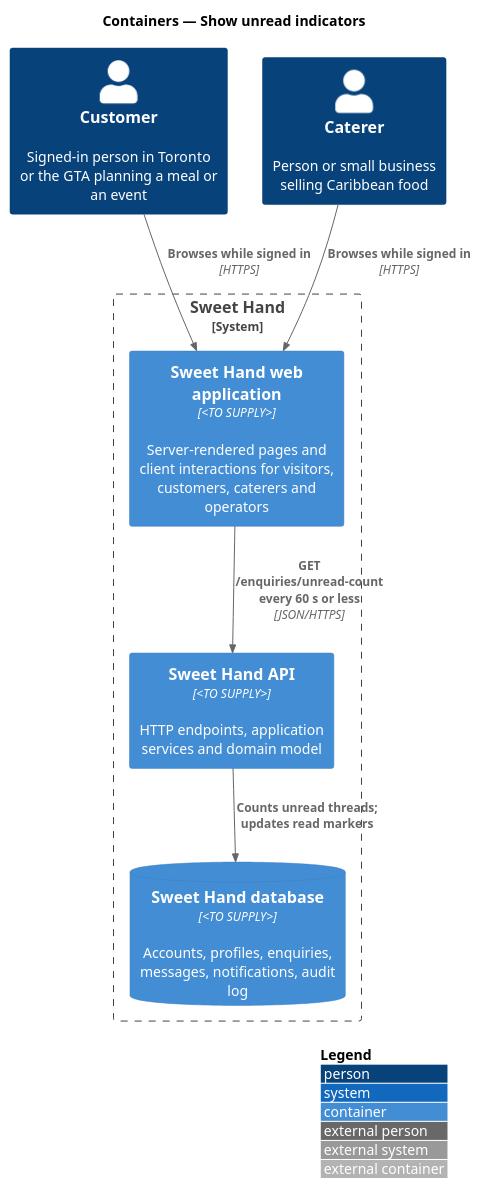
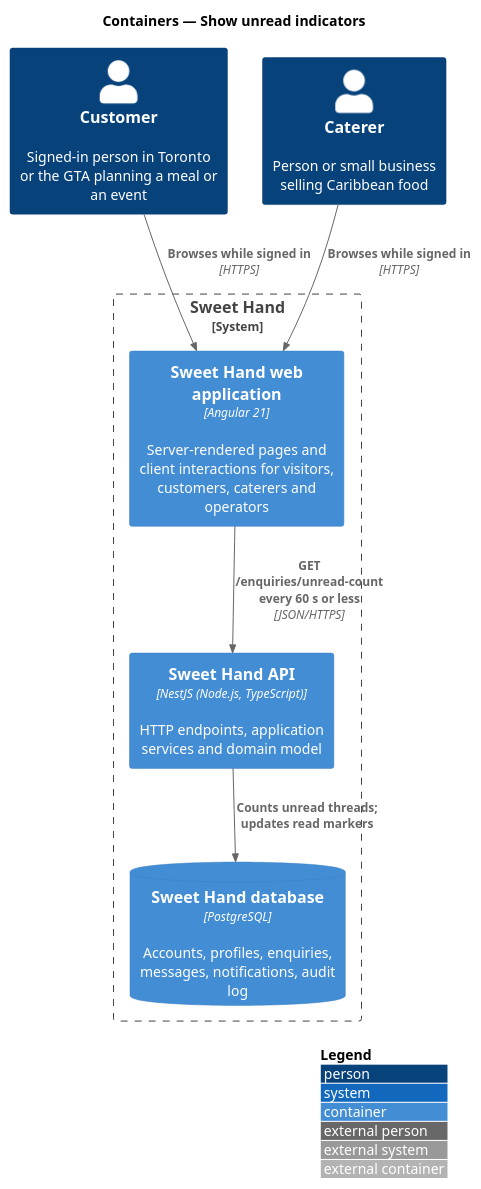
Before and after one commit to QuinntyneBrown/sweet-hand: the diagram in docs/detailed-designs/enquiries/show-unread-indicators/diagrams/c4-container.puml, drawn with PlantUML. The commit also changed 39 other files, not shown here.

```diff
--- a/docs/detailed-designs/enquiries/show-unread-indicators/diagrams/c4-container.puml
+++ b/docs/detailed-designs/enquiries/show-unread-indicators/diagrams/c4-container.puml
@@ -1,18 +1,18 @@
 @startuml
 !include <C4/C4_Container>
 LAYOUT_WITH_LEGEND()
 title Containers — Show unread indicators
 
 Person(customer, "Customer", "Signed-in person in Toronto or the GTA planning a meal or an event")
 Person(caterer, "Caterer", "Person or small business selling Caribbean food")
 System_Boundary(sweethand, "Sweet Hand") {
-  Container(web, "Sweet Hand web application", "<TO SUPPLY>", "Server-rendered pages and client interactions for visitors, customers, caterers and operators")
-  Container(api, "Sweet Hand API", "<TO SUPPLY>", "HTTP endpoints, application services and domain model")
-  ContainerDb(db, "Sweet Hand database", "<TO SUPPLY>", "Accounts, profiles, enquiries, messages, notifications, audit log")
+  Container(web, "Sweet Hand web application", "Angular 21", "Server-rendered pages and client interactions for visitors, customers, caterers and operators")
+  Container(api, "Sweet Hand API", "NestJS (Node.js, TypeScript)", "HTTP endpoints, application services and domain model")
+  ContainerDb(db, "Sweet Hand database", "PostgreSQL", "Accounts, profiles, enquiries, messages, notifications, audit log")
 }
 
 Rel(customer, web, "Browses while signed in", "HTTPS")
 Rel(caterer, web, "Browses while signed in", "HTTPS")
 Rel(web, api, "GET /enquiries/unread-count every 60 s or less", "JSON/HTTPS")
 Rel(api, db, "Counts unread threads; updates read markers")
 @enduml
```
